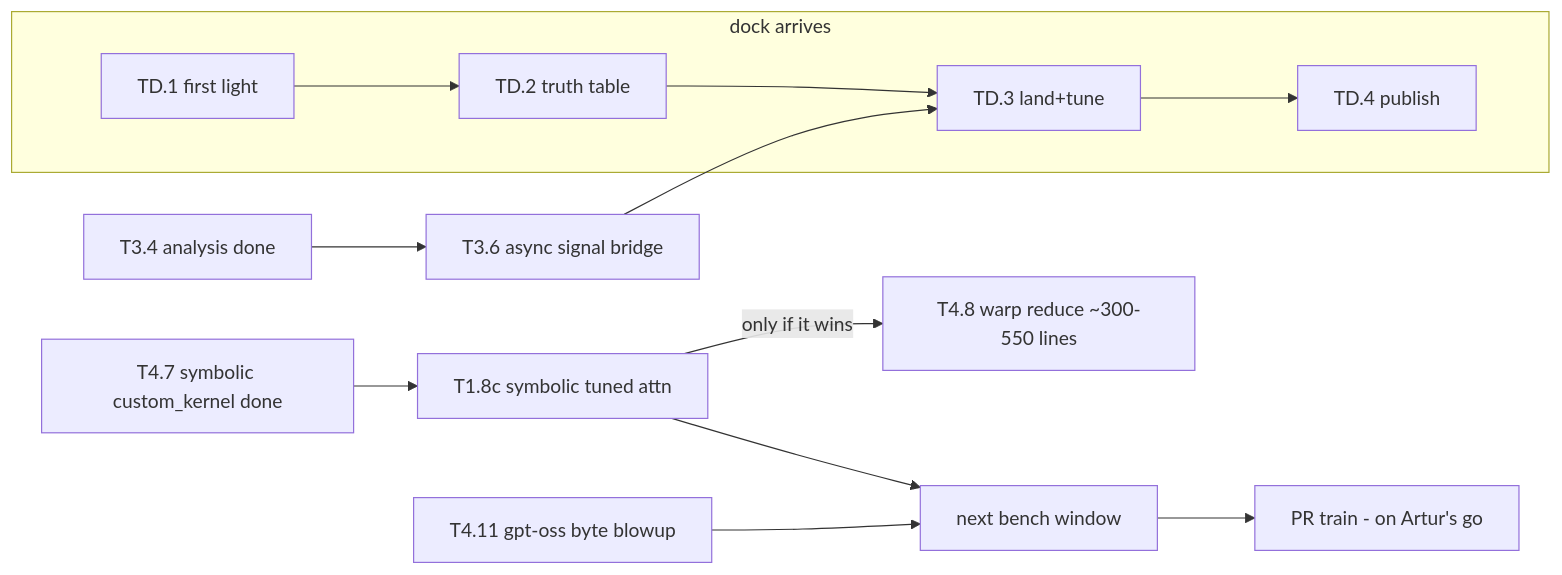
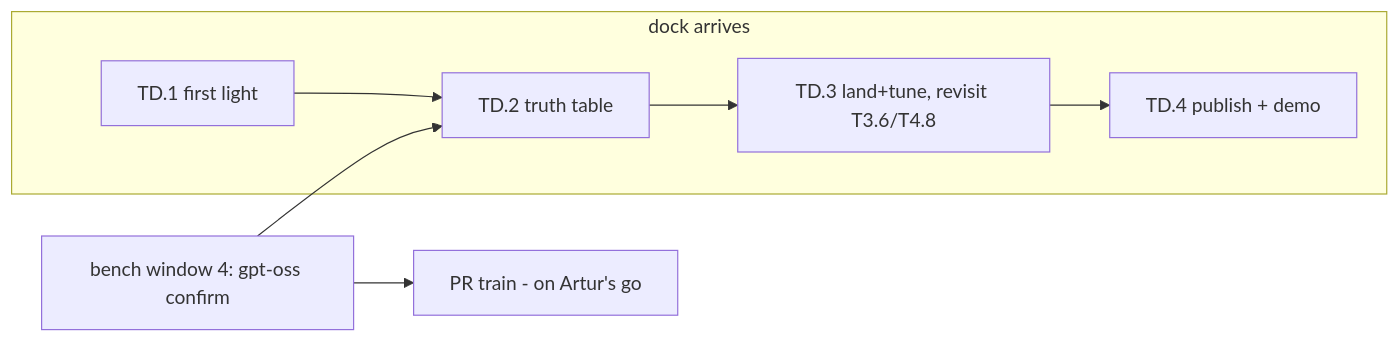
The diagram in TASKS.md (arttarawork/tinygrad), drawn with Mermaid before and after one commit. The commit also changed other lines of this file, not shown here.

First line of the commit message:
docs: post-wave-8 banner/lanes/graph - no launchable code tasks remain pre-dock

````diff
--- a/TASKS.md
+++ b/TASKS.md
@@ -295,14 +295,8 @@
 ```mermaid
 flowchart LR
-  T47[T4.7 symbolic custom_kernel done] --> T18c[T1.8c symbolic tuned attn]
-  T18c -->|only if it wins| T48[T4.8 warp reduce ~300-550 lines]
-  T34[T3.4 analysis done] --> T36[T3.6 async signal bridge]
-  T411[T4.11 gpt-oss byte blowup]
-  T18c --> BW[next bench window]
-  T411 --> BW
-  BW --> PR[PR train - on Artur's go]
+  BW4[bench window 4: gpt-oss confirm] --> PR[PR train - on Artur's go]
   subgraph DOCK["dock arrives"]
-    TD1[TD.1 first light] --> TD2[TD.2 truth table] --> TD3[TD.3 land+tune] --> TD4[TD.4 publish]
+    TD1[TD.1 first light] --> TD2[TD.2 truth table] --> TD3[TD.3 land+tune, revisit T3.6/T4.8] --> TD4[TD.4 publish + demo]
   end
-  T36 --> TD3
+  BW4 --> TD2
 ```
````
